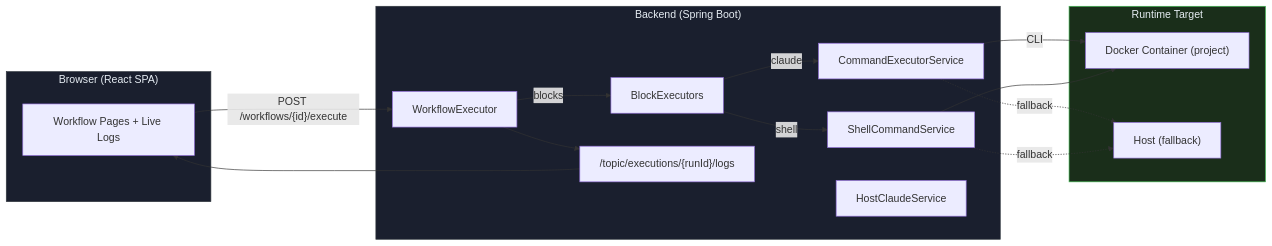
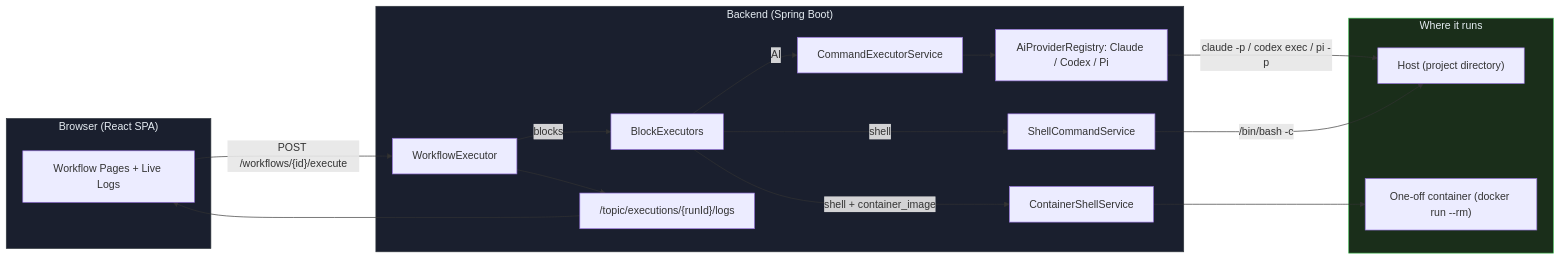
Before and after one commit to FLSEST/MySuricates: the first of 5 diagrams in docs/en/workflow-engine-diagrams.md, drawn with Mermaid. The commit also changed other lines of this file and 4 other files, not shown here.

First line of the commit message:
docs(diagramme): Engine page shows provider routing, host execution and the current block matrix

````diff
--- a/docs/en/workflow-engine-diagrams.md
+++ b/docs/en/workflow-engine-diagrams.md
@@ -11,35 +11,37 @@
 ```mermaid
 flowchart LR
     subgraph Browser["Browser (React SPA)"]
         UI["Workflow Pages + Live Logs"]
     end
 
     subgraph Backend["Backend (Spring Boot)"]
         WE["WorkflowExecutor"]
         BE["BlockExecutors"]
         CES["CommandExecutorService"]
+        HCL["AiProviderRegistry: Claude / Codex / Pi"]
         SCS["ShellCommandService"]
-        HCL["HostClaudeService"]
+        CSS["ContainerShellService"]
         WS["/topic/executions/{runId}/logs"]
     end
 
-    subgraph Runtime["Runtime Target"]
-        CON["Docker Container (project)"]
-        HOST["Host (fallback)"]
+    subgraph Runtime["Where it runs"]
+        HOST["Host (project directory)"]
+        CON["One-off container (docker run --rm)"]
     end
 
     UI -->|"POST /workflows/{id}/execute"| WE
     WE -->|"blocks"| BE
-    BE -->|"claude"| CES
+    BE -->|"AI"| CES
+    CES --> HCL
+    HCL -->|"claude -p / codex exec / pi -p"| HOST
     BE -->|"shell"| SCS
-    CES -->|"CLI"| CON
-    SCS --> CON
-    CES -.fallback.-> HOST
-    SCS -.fallback.-> HOST
+    SCS -->|"/bin/bash -c"| HOST
+    BE -->|"shell + container_image"| CSS
+    CSS --> CON
     WE --> WS
     WS --> UI
 
     style Browser fill:#1a1f2e,stroke:#30363d,color:#e6edf3
     style Backend fill:#1a1f2e,stroke:#30363d,color:#e6edf3
     style Runtime fill:#1a2e1a,stroke:#3fb950,color:#e6edf3
 ```
````
